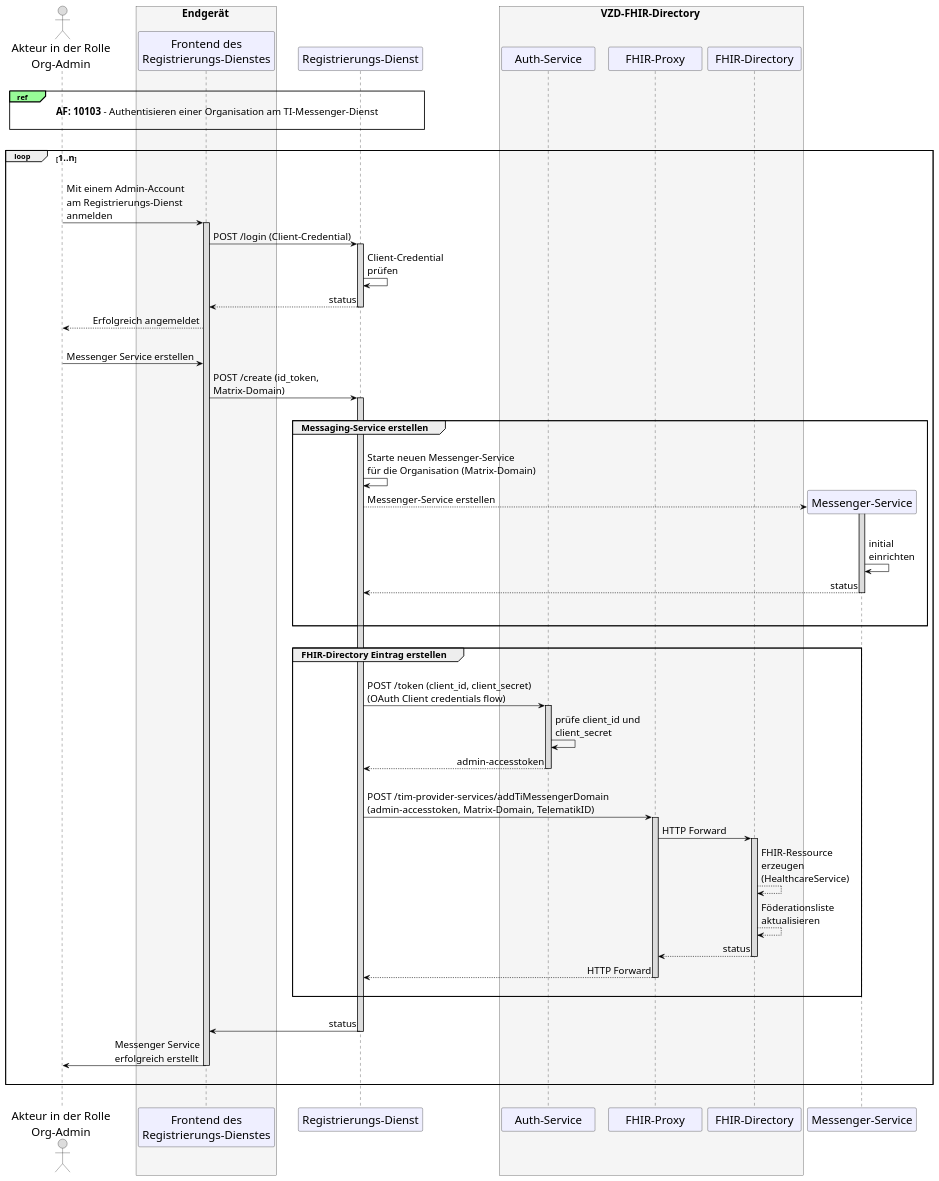
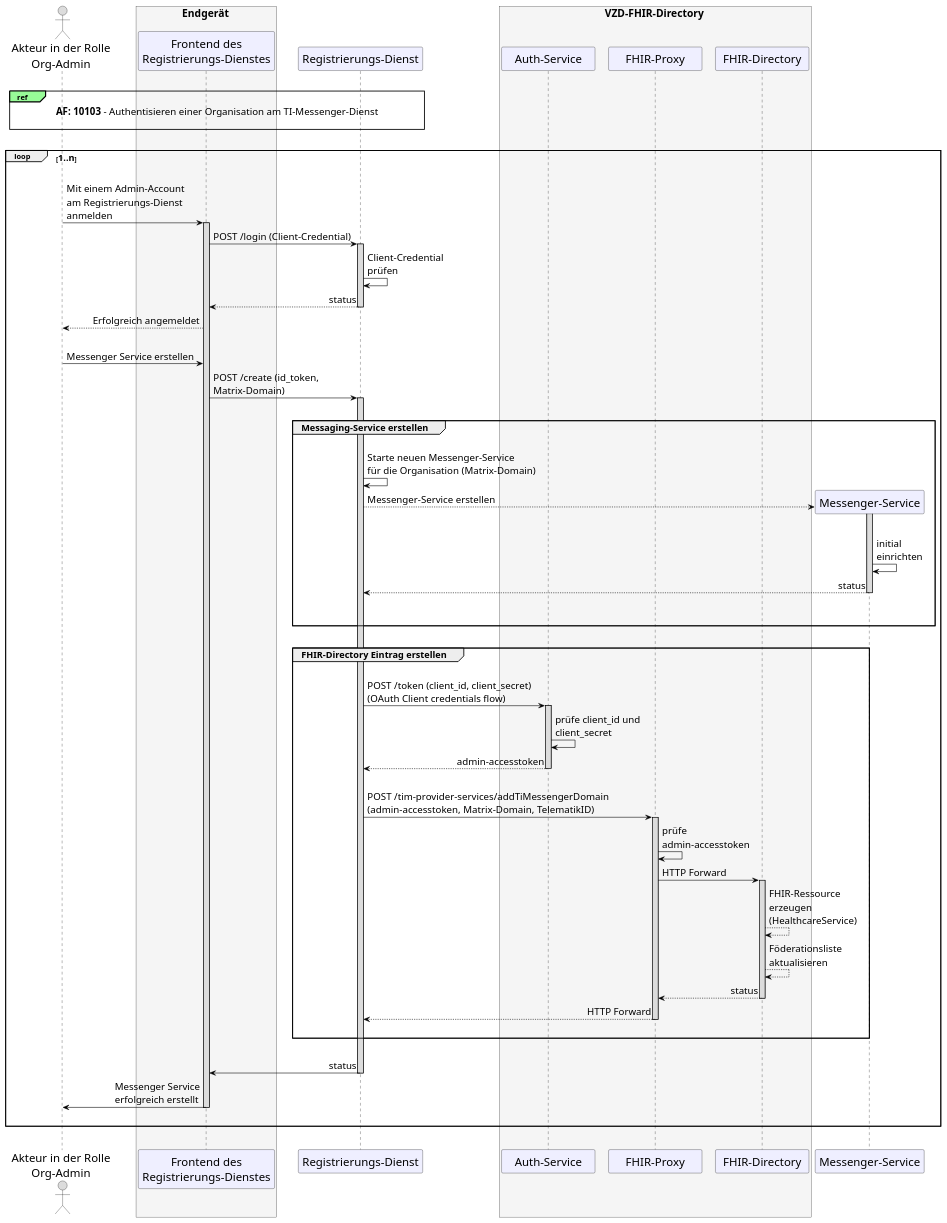
Before and after one commit to gematik/api-ti-messenger: the diagram in src/plantuml/TI-Messenger-Dienst/Ressourcen/UC_10060_Seq.puml, drawn with PlantUML.

```diff
--- a/src/plantuml/TI-Messenger-Dienst/Ressourcen/UC_10060_Seq.puml
+++ b/src/plantuml/TI-Messenger-Dienst/Ressourcen/UC_10060_Seq.puml
@@ -9,106 +9,107 @@
 @startuml
 skinparam sequenceMessageAlign direction
 skinparam WrapWidth 300
 skinparam minClassWidth 150
 skinparam BoxPadding 1
 skinparam sequenceReferenceHeaderBackgroundColor palegreen
 scale max 2048 width
 
 skinparam sequence {
 ArrowColor black
 ArrowFontSize 17
 ActorBorderColor black
 LifeLineBorderColor black
 LifeLineBackgroundColor Gainsboro
 
 ParticipantBorderColor Motivation
 ParticipantBackgroundColor Motivation
 ParticipantFontName Impact
 ParticipantFontSize 20
 ParticipantFontColor black
 ParticipantBorderColor Black
 ParticipantBackgroundColor MOTIVATION
 
 ActorBackgroundColor Gainsboro
 ActorFontColor black
 ActorFontSize 20
 ActorFontName Aapex
 }
     actor U as "Akteur in der Rolle\nOrg-Admin"
     box <size:18>Endgerät</size> #WhiteSmoke
       participant C as "Frontend des\nRegistrierungs-Dienstes"
     end box
     participant R as "Registrierungs-Dienst"
     box <size:18>VZD-FHIR-Directory</size> #WhiteSmoke
     participant Auth as "Auth-Service"
     participant FP as "FHIR-Proxy"
     participant VZD as "FHIR-Directory"
     end box
 
 |||
 ref over U, R: <size:17>**AF: 10103** - Authentisieren einer Organisation am TI-Messenger-Dienst</size>\n 
 |||
 
 loop <size:16>1..n</size>
   |||
   U->C: Mit einem Admin-Account \nam Registrierungs-Dienst \nanmelden
     Activate C
   C->R: POST /login (Client-Credential)
     Activate R
   R->R: Client-Credential \nprüfen
   R-->C: status
     Deactivate R
   C-->U: Erfolgreich angemeldet
   |||
   U->C: Messenger Service erstellen
   C->R: POST /create (id_token, \nMatrix-Domain)
     Activate R
     
     |||
     group <size:16>Messaging-Service erstellen</size>
     |||
       R->R: Starte neuen Messenger-Service \nfür die Organisation (Matrix-Domain)
         create "Messenger-Service"
           R-->"Messenger-Service" : Messenger-Service erstellen 
         Activate "Messenger-Service"
       |||
       "Messenger-Service"->"Messenger-Service": initial \neinrichten
       "Messenger-Service"-->R: status
       |||
         Deactivate "Messenger-Service"
     |||
     end
     
     |||
     
     group <size:16>FHIR-Directory Eintrag erstellen</size>
     |||
       R->Auth: POST /token (client_id, client_secret) \n(OAuth Client credentials flow)
         Activate Auth
       Auth->Auth: prüfe client_id und \nclient_secret
       Auth-->R: admin-accesstoken
         Deactivate Auth
       |||
       R->FP: POST /tim-provider-services/addTiMessengerDomain \n(admin-accesstoken, Matrix-Domain, TelematikID)
         Activate FP
+      FP->FP: prüfe \nadmin-accesstoken
       FP->VZD: HTTP Forward
         Activate VZD
       VZD-->VZD: FHIR-Ressource \nerzeugen \n(HealthcareService)
       VZD-->VZD: Föderationsliste\naktualisieren
       VZD-->FP: status
         Deactivate VZD
       FP-->R: HTTP Forward
         Deactivate FP
 
     |||
     end
 
   |||
   R->C: status
     Deactivate R
   C->U: Messenger Service \nerfolgreich erstellt
     Deactivate C
   |||
 end
 |||
 @enduml
```
